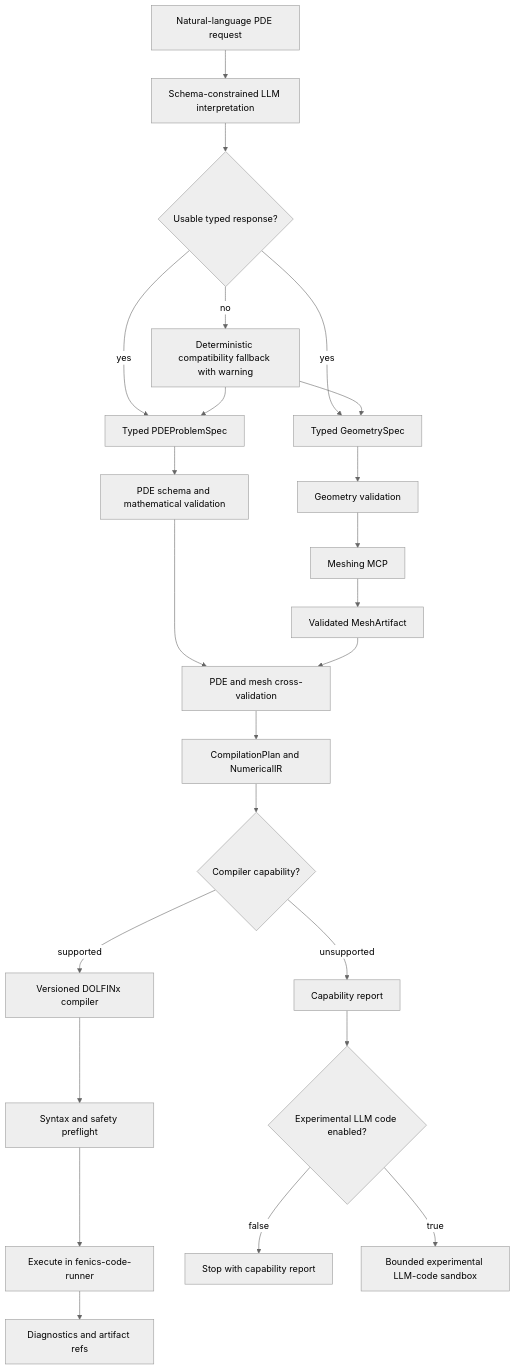
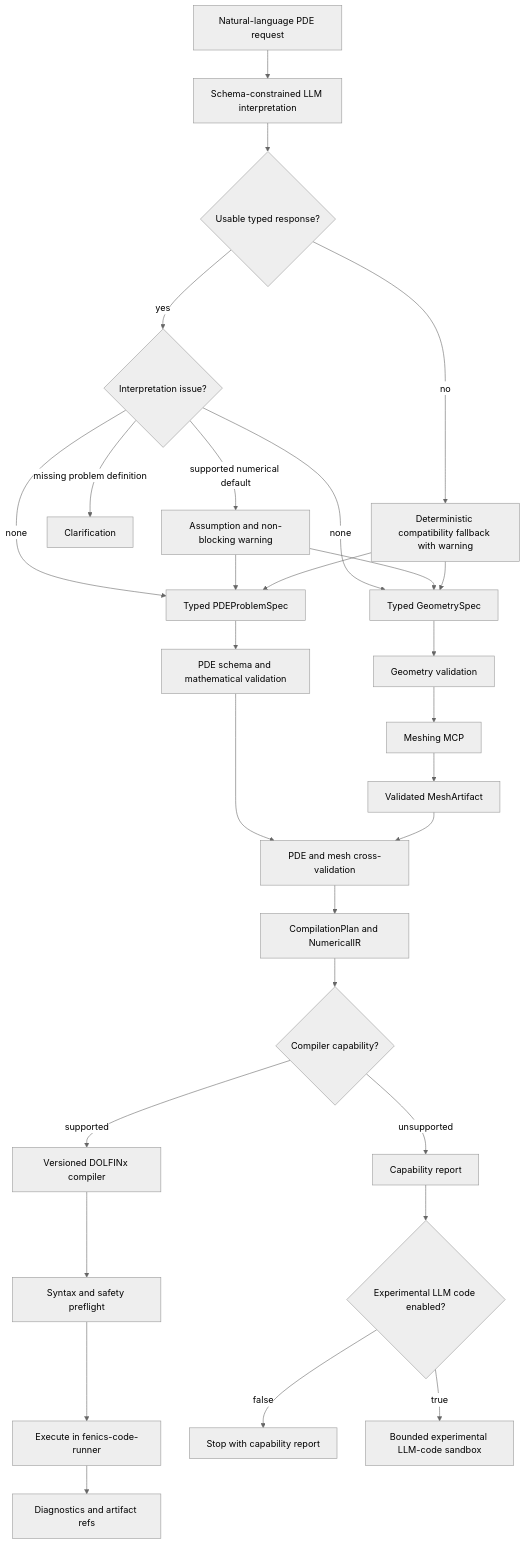
Before and after one commit to RadmirG/AES: the seventh of 10 diagrams in langgraph/architecture.md, drawn with Mermaid (neutral theme). The commit also changed other lines of this file and 4 other files, not shown here.

Commit message:
Bug fixing for combined typed PDE and geometry pipeline

````diff
--- a/langgraph/architecture.md
+++ b/langgraph/architecture.md
@@ -248,26 +248,31 @@
 ```mermaid
 flowchart TD
     A["Natural-language PDE request"] --> AI["Schema-constrained LLM interpretation"]
     AI --> AV{"Usable typed response?"}
-    AV -->|yes| B["Typed PDEProblemSpec"]
-    AV -->|yes| C["Typed GeometrySpec"]
+    AV -->|yes| AS{"Interpretation issue?"}
+    AS -->|none| B["Typed PDEProblemSpec"]
+    AS -->|none| C["Typed GeometrySpec"]
+    AS -->|supported numerical default| AW["Assumption and non-blocking warning"]
+    AW --> B
+    AW --> C
+    AS -->|missing problem definition| AX["Clarification"]
     AV -->|no| AF["Deterministic compatibility fallback with warning"]
     AF --> B
     AF --> C
     B --> D["PDE schema and mathematical validation"]
     C --> E["Geometry validation"]
     E --> F["Meshing MCP"]
     F --> G["Validated MeshArtifact"]
     D --> H["PDE and mesh cross-validation"]
     G --> H
     H --> I["CompilationPlan and NumericalIR"]
     I --> J{"Compiler capability?"}
     J -->|supported| K["Versioned DOLFINx compiler"]
     K --> L["Syntax and safety preflight"]
     L --> M["Execute in fenics-code-runner"]
     M --> N["Diagnostics and artifact refs"]
     J -->|unsupported| O["Capability report"]
     O --> P{"Experimental LLM code enabled?"}
     P -->|false| Q["Stop with capability report"]
     P -->|true| R["Bounded experimental LLM-code sandbox"]
 ```
````
